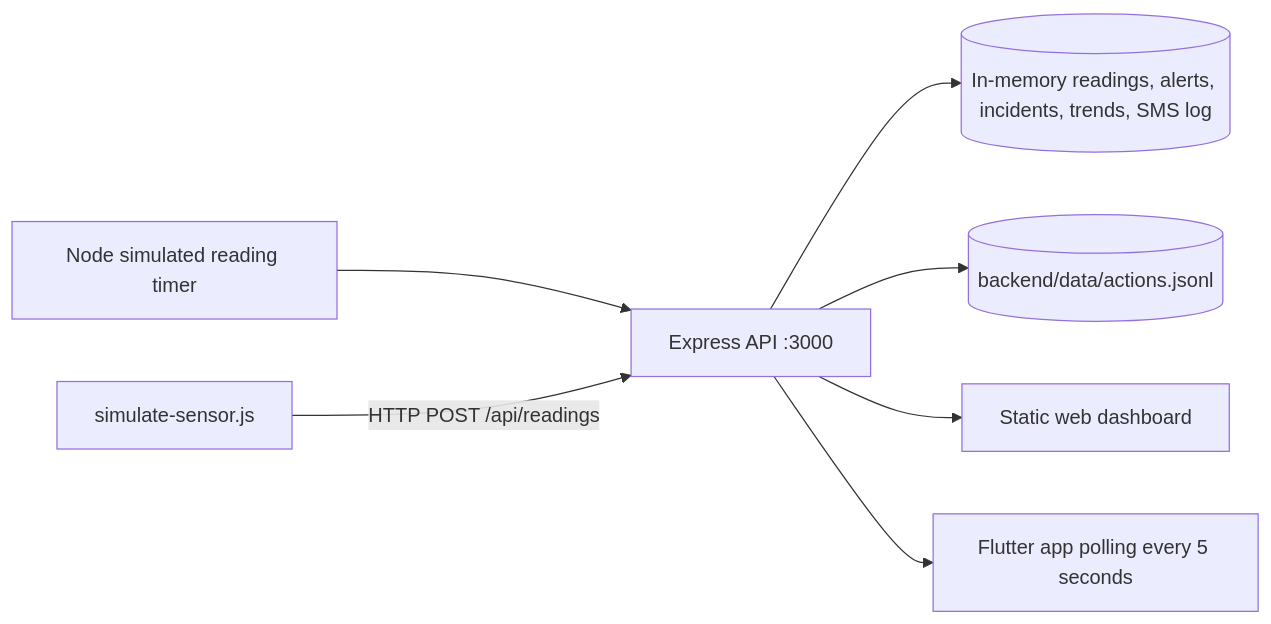
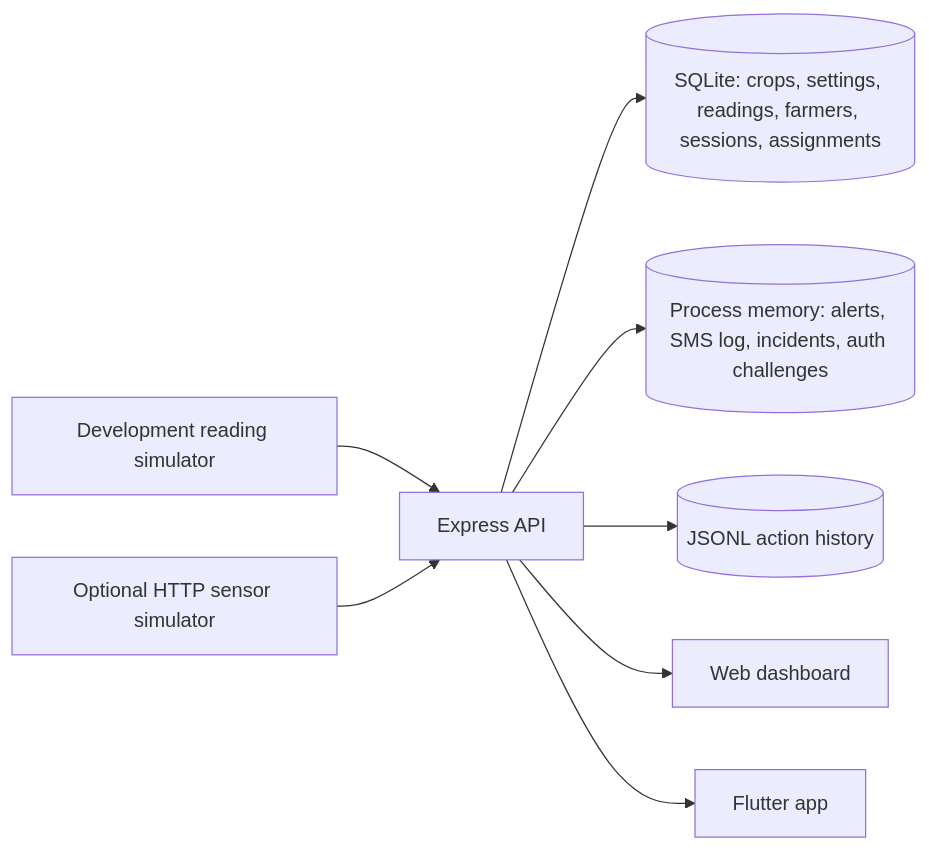
One commit to porusandesu/Peo_Yame_RCP changed the diagram in docs/ARCHITECTURE.md. Above: the diagram before and after it, drawn with Mermaid. The commit also changed other lines of this file and 23 other files, not shown here.

````diff
--- a/docs/ARCHITECTURE.md
+++ b/docs/ARCHITECTURE.md
@@ -5,9 +8,10 @@
 ```mermaid
 flowchart LR
-  sim[Node simulated reading timer] --> api[Express API :3000]
-  optional[simulate-sensor.js] -->|HTTP POST /api/readings| api
-  api --> mem[(In-memory readings, alerts, incidents, trends, SMS log)]
-  api --> actionlog[(backend/data/actions.jsonl)]
-  api --> web[Static web dashboard]
-  api --> flutter[Flutter app polling every 5 seconds]
+  simulator[Development reading simulator] --> api[Express API]
+  sensor[Optional HTTP sensor simulator] --> api
+  api --> sqlite[(SQLite: crops, settings, readings, farmers, sessions, assignments)]
+  api --> volatile[(Process memory: alerts, SMS log, incidents, auth challenges)]
+  api --> actionlog[(JSONL action history)]
+  api --> web[Web dashboard]
+  api --> mobile[Flutter app]
 ```
````
